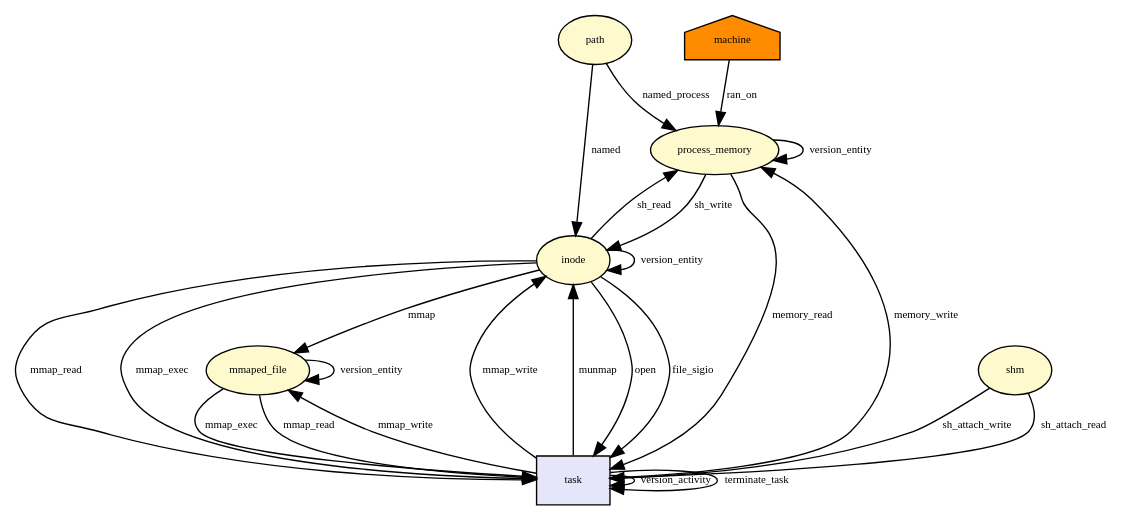
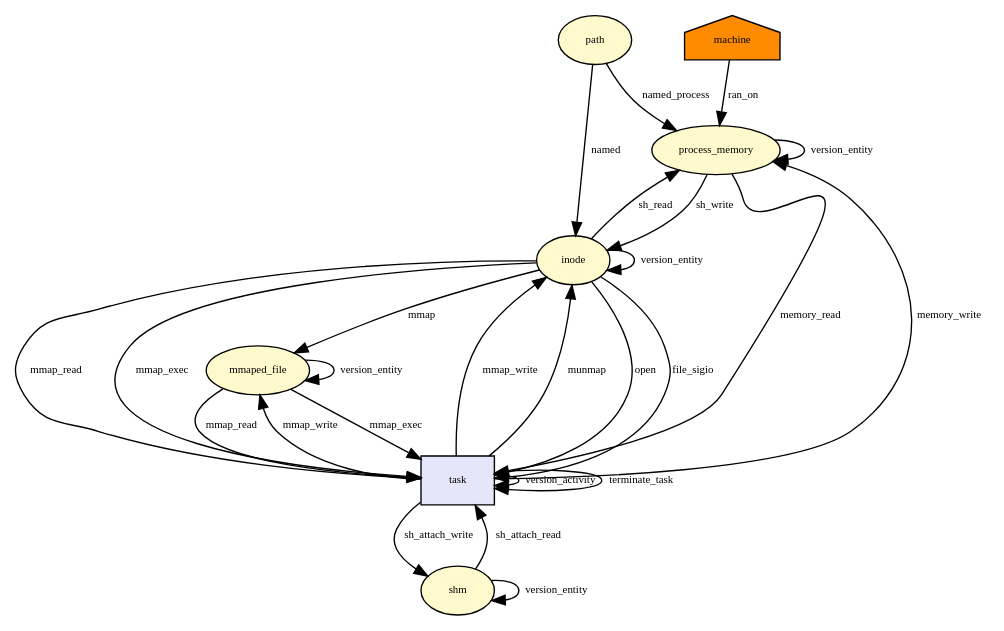
Before and after one commit to CamFlow/camflow-dev: the diagram in docs/dot/__x64_sys_shmat.dot, drawn with Graphviz. The commit also changed 6 other files, not shown here.

```diff
--- a/docs/dot/__x64_sys_shmat.dot
+++ b/docs/dot/__x64_sys_shmat.dot
@@ -1,63 +1,65 @@
 digraph RGL__DirectedAdjacencyGraph {path[fontsize = 8,label = path,shape = ellipse, fillcolor="#fffacd", style = filled]
 
 process_memory[fontsize = 8,label = process_memory,shape = ellipse, fillcolor="#fffacd", style = filled]
 
 path -> process_memory[fontsize = 8,label = named_process]
 
 machine[fontsize = 8,label = machine,shape = house, fillcolor="#ff8c00", style = filled]
 
 machine -> process_memory[fontsize = 8,label = ran_on]
 
 inode[fontsize = 8,label = inode,shape = ellipse, fillcolor="#fffacd", style = filled]
 
 path -> inode[fontsize = 8,label = named]
 
 task[fontsize = 8,label = task,shape = rectangle, fillcolor="#e6e6fa", style = filled]
 
 inode -> task[fontsize = 8,label = open]
 
 task -> process_memory[fontsize = 8,label = memory_write]
 
 task -> task[fontsize = 8,label = version_activity]
 
 process_memory -> process_memory[fontsize = 8,label = version_entity]
 
 process_memory -> inode[fontsize = 8,label = sh_write]
 
 inode -> inode[fontsize = 8,label = version_entity]
 
 inode -> task[fontsize = 8,label = file_sigio]
 
 process_memory -> task[fontsize = 8,label = memory_read]
 
 task -> inode[fontsize = 8,label = mmap_write]
 
 inode -> process_memory[fontsize = 8,label = sh_read]
 
 inode -> task[fontsize = 8,label = mmap_read]
 
 inode -> task[fontsize = 8,label = mmap_exec]
 
 mmaped_file[fontsize = 8,label = mmaped_file,shape = ellipse, fillcolor="#fffacd", style = filled]
 
 inode -> mmaped_file[fontsize = 8,label = mmap]
 
 mmaped_file -> mmaped_file[fontsize = 8,label = version_entity]
 
 task -> mmaped_file[fontsize = 8,label = mmap_write]
 
 mmaped_file -> task[fontsize = 8,label = mmap_read]
 
 mmaped_file -> task[fontsize = 8,label = mmap_exec]
 
 task -> inode[fontsize = 8,label = munmap]
 
 shm[fontsize = 8,label = shm,shape = ellipse, fillcolor="#fffacd", style = filled]
 
 shm -> task[fontsize = 8,label = sh_attach_read]
 
-shm -> task[fontsize = 8,label = sh_attach_write]
+task -> shm[fontsize = 8,label = sh_attach_write]
+
+shm -> shm[fontsize = 8,label = version_entity]
 
 task -> task[fontsize = 8,label = terminate_task]
 
 }
```
